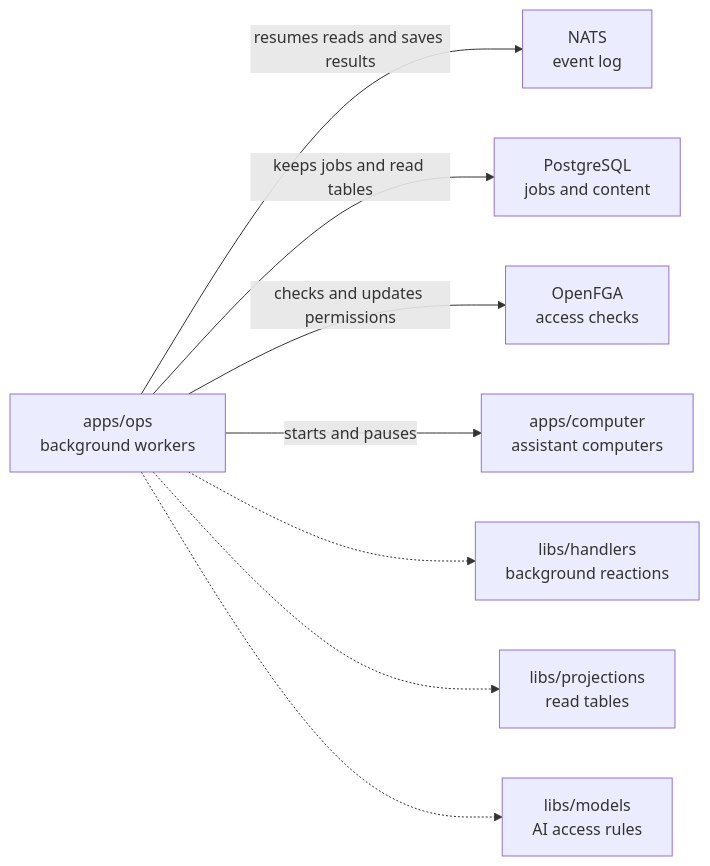
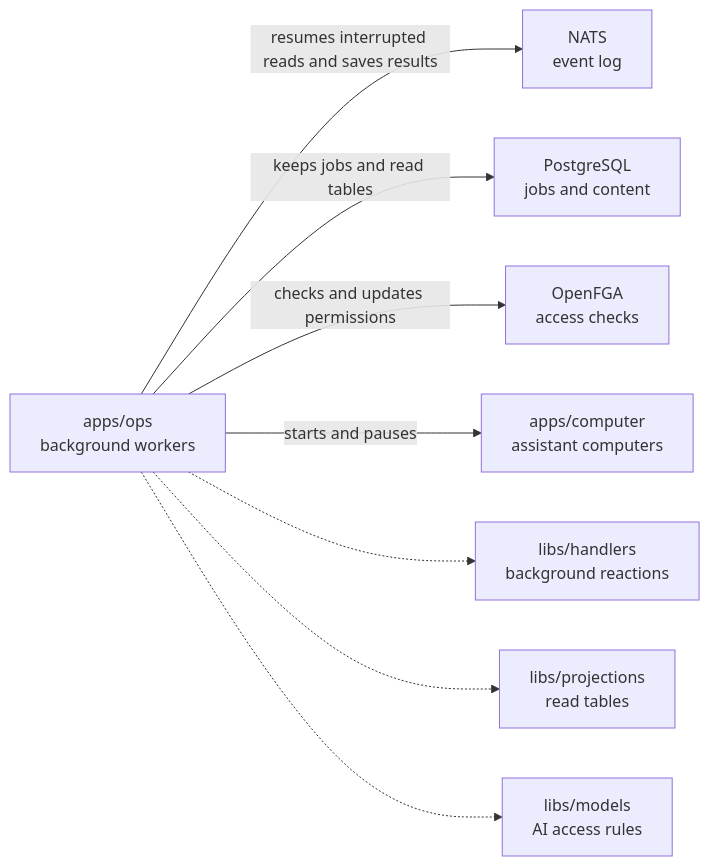
One commit to elewa-git/opencrane-new changed the diagram in apps/ops/README.md. Above: the diagram before and after it, drawn with Mermaid. The commit also changed other lines of this file and 19 other files, not shown here.

Commit message:
🐛 Recover interrupted JetStream dispatch and watcher reads

````diff
--- a/apps/ops/README.md
+++ b/apps/ops/README.md
@@ -18,10 +18,10 @@
 ```mermaid
 flowchart LR
-  ops["apps/ops<br/>background workers"] -->|resumes reads and saves results| nats["NATS<br/>event log"]
+  ops["apps/ops<br/>background workers"] -->|resumes interrupted reads and saves results| nats["NATS<br/>event log"]
   ops -->|keeps jobs and read tables| pg["PostgreSQL<br/>jobs and content"]
   ops -->|checks and updates permissions| fga["OpenFGA<br/>access checks"]
   ops -->|starts and pauses| computer["apps/computer<br/>assistant computers"]
   ops -.-> handlers["libs/handlers<br/>background reactions"]
   ops -.-> projections["libs/projections<br/>read tables"]
   ops -.-> models["libs/models<br/>AI access rules"]
 ```
````
